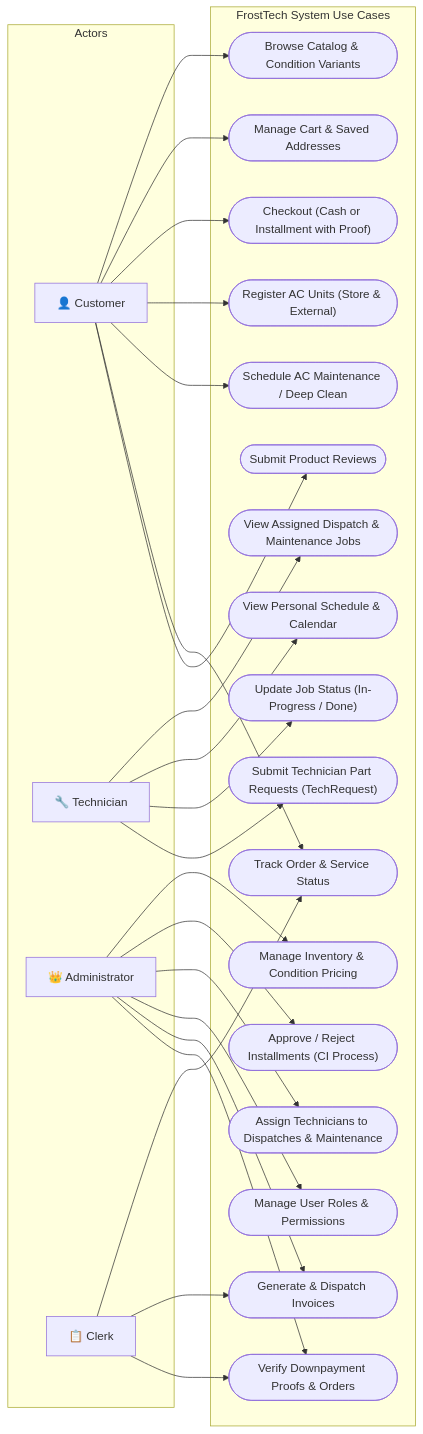
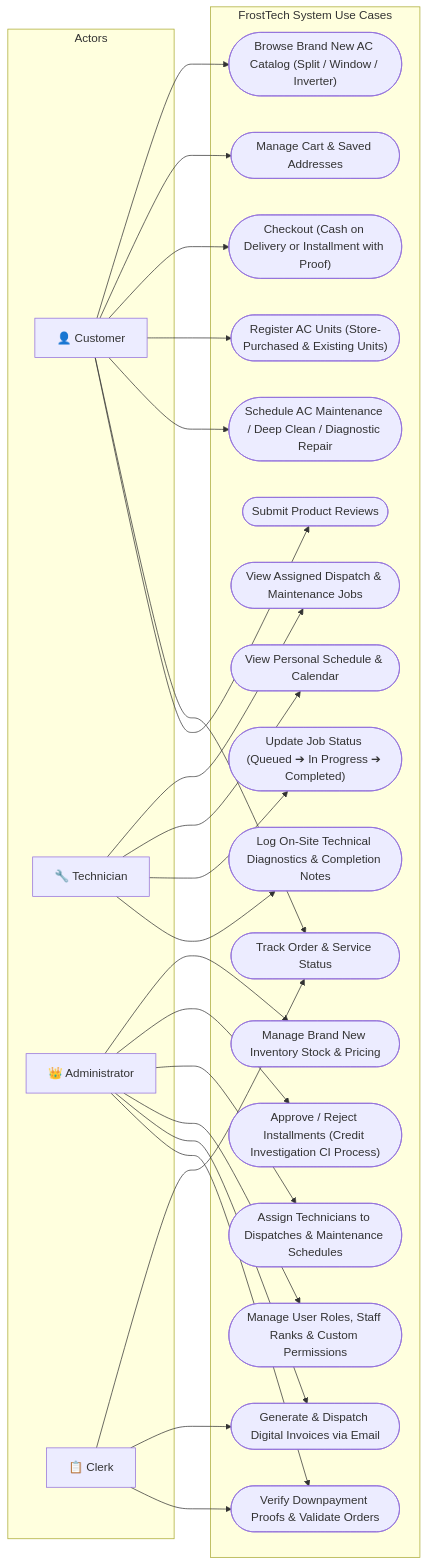
One commit to Cerberus770/FrostTech changed the second of 8 diagrams in DIAGRAMS.md. Above: the diagram before and after it, drawn with Mermaid. The commit also changed other lines of this file and 1 other file, not shown here.

Commit message:
docs: remove TechRequest and align all inventory descriptions to 100% Brand New units

````diff
--- a/DIAGRAMS.md
+++ b/DIAGRAMS.md
@@ -58,59 +62,59 @@
 ```mermaid
 flowchart LR
     subgraph Actors
         C["👤 Customer"]
         T["🔧 Technician"]
         A["👑 Administrator"]
         K["📋 Clerk"]
     end
 
     subgraph FrostTechUseCases["FrostTech System Use Cases"]
-        UC1(["Browse Catalog & Condition Variants"])
+        UC1(["Browse Brand New AC Catalog (Split / Window / Inverter)"])
         UC2(["Manage Cart & Saved Addresses"])
-        UC3(["Checkout (Cash or Installment with Proof)"])
-        UC4(["Register AC Units (Store & External)"])
-        UC5(["Schedule AC Maintenance / Deep Clean"])
+        UC3(["Checkout (Cash on Delivery or Installment with Proof)"])
+        UC4(["Register AC Units (Store-Purchased & Existing Units)"])
+        UC5(["Schedule AC Maintenance / Deep Clean / Diagnostic Repair"])
         UC6(["Track Order & Service Status"])
         UC7(["Submit Product Reviews"])
 
         UC8(["View Assigned Dispatch & Maintenance Jobs"])
         UC9(["View Personal Schedule & Calendar"])
-        UC10(["Update Job Status (In-Progress / Done)"])
-        UC11(["Submit Technician Part Requests (TechRequest)"])
+        UC10(["Update Job Status (Queued ➔ In Progress ➔ Completed)"])
+        UC11(["Log On-Site Technical Diagnostics & Completion Notes"])
 
-        UC12(["Manage Inventory & Condition Pricing"])
-        UC13(["Approve / Reject Installments (CI Process)"])
-        UC14(["Assign Technicians to Dispatches & Maintenance"])
-        UC15(["Manage User Roles & Permissions"])
-        UC16(["Generate & Dispatch Invoices"])
-        UC17(["Verify Downpayment Proofs & Orders"])
+        UC12(["Manage Brand New Inventory Stock & Pricing"])
+        UC13(["Approve / Reject Installments (Credit Investigation CI Process)"])
+        UC14(["Assign Technicians to Dispatches & Maintenance Schedules"])
+        UC15(["Manage User Roles, Staff Ranks & Custom Permissions"])
+        UC16(["Generate & Dispatch Digital Invoices via Email"])
+        UC17(["Verify Downpayment Proofs & Validate Orders"])
     end
 
     %% Customer mappings
     C --> UC1
     C --> UC2
     C --> UC3
     C --> UC4
     C --> UC5
     C --> UC6
     C --> UC7
 
     %% Technician mappings
     T --> UC8
     T --> UC9
     T --> UC10
     T --> UC11
 
     %% Clerk mappings
     K --> UC6
     K --> UC16
     K --> UC17
 
     %% Admin mappings
     A --> UC12
     A --> UC13
     A --> UC14
     A --> UC15
     A --> UC16
     A --> UC17
 ```
````
